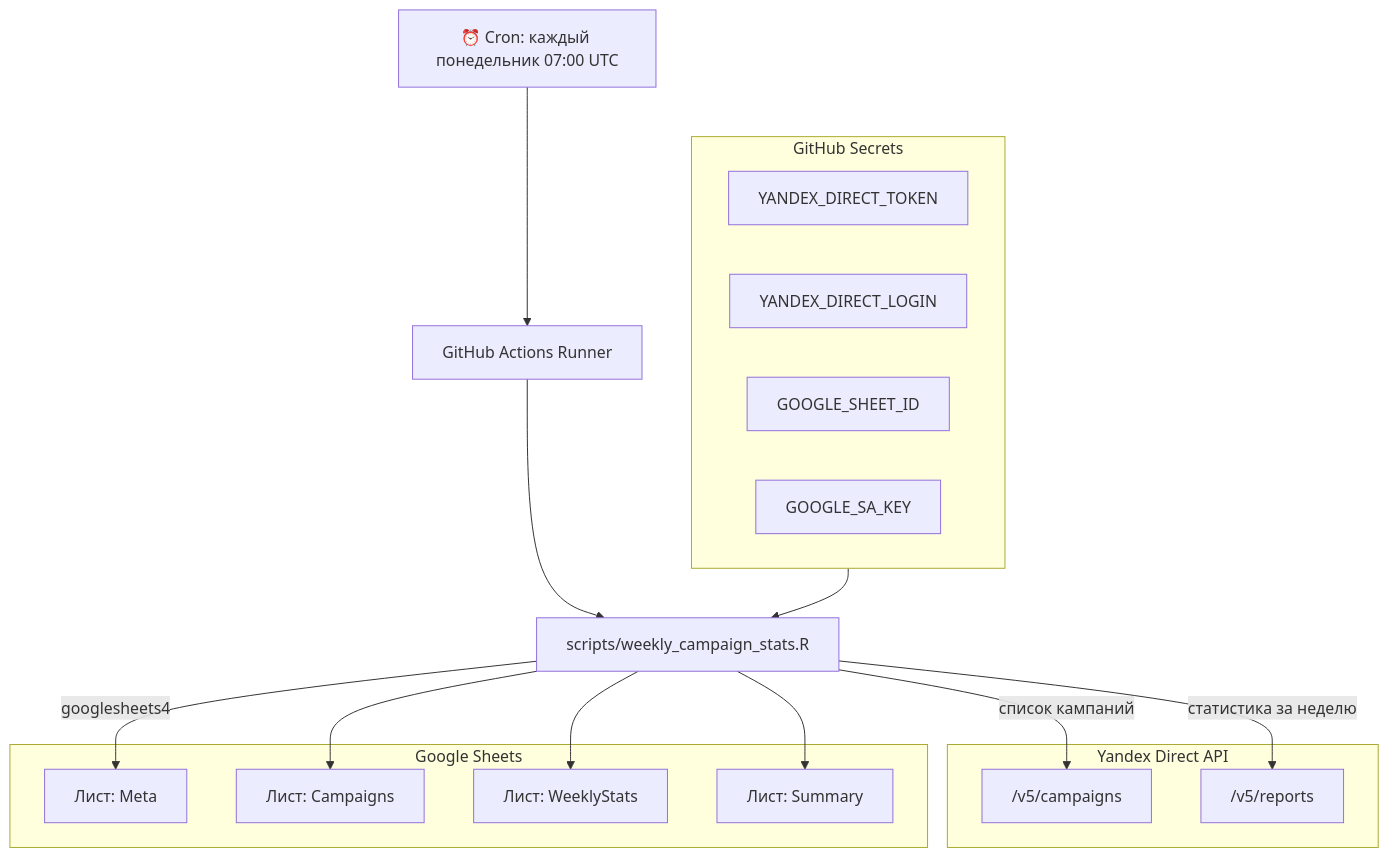
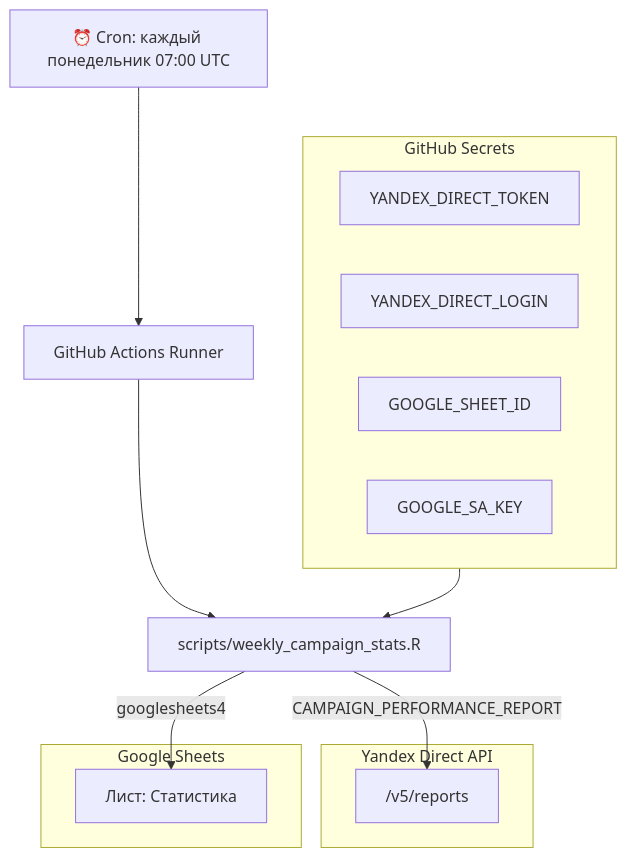
Before and after one commit to dnenashev/ryandexdirect: the second of 3 diagrams in docs/project-overview.md, drawn with Mermaid. The commit also changed other lines of this file and 5 other files, not shown here.

````diff
--- a/docs/project-overview.md
+++ b/docs/project-overview.md
@@ -38,34 +38,26 @@
 ```mermaid
 flowchart TB
   Cron["⏰ Cron: каждый понедельник 07:00 UTC"]
   GHA["GitHub Actions Runner"]
   Script["scripts/weekly_campaign_stats.R"]
 
   subgraph Secrets ["GitHub Secrets"]
     YDToken[YANDEX_DIRECT_TOKEN]
     YDLogin[YANDEX_DIRECT_LOGIN]
     GSID[GOOGLE_SHEET_ID]
     GSAK[GOOGLE_SA_KEY]
   end
 
   subgraph YandexDirect ["Yandex Direct API"]
-    CampaignsAPI["/v5/campaigns"]
     ReportsAPI["/v5/reports"]
   end
 
   subgraph GoogleSheets ["Google Sheets"]
-    Meta["Лист: Meta"]
-    Camp["Лист: Campaigns"]
-    Weekly["Лист: WeeklyStats"]
-    Summary["Лист: Summary"]
+    Stats["Лист: Статистика"]
   end
 
   Cron --> GHA --> Script
   Secrets --> Script
-  Script -->|"список кампаний"| CampaignsAPI
-  Script -->|"статистика за неделю"| ReportsAPI
-  Script -->|"googlesheets4"| Meta
-  Script --> Camp
-  Script --> Weekly
-  Script --> Summary
+  Script -->|"CAMPAIGN_PERFORMANCE_REPORT"| ReportsAPI
+  Script -->|"googlesheets4"| Stats
 ```
````
